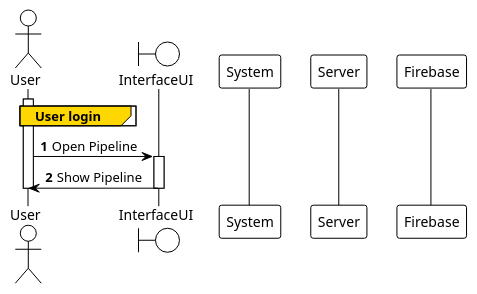
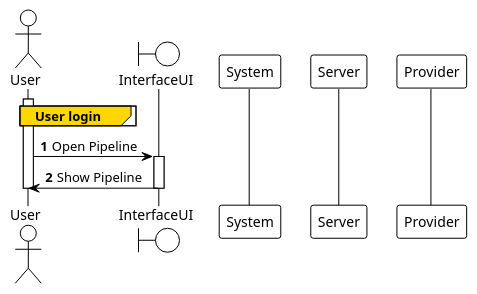
Before and after one commit to nonodev96/THUMDER: the diagram in UML/4.Sequence/4.16.ShowPipeline.puml, drawn with PlantUML. The commit also changed 41 other files, not shown here.

Commit message:
Fix with drag and drop, new component card with docs and names in UML sequences changes

```diff
--- a/UML/4.Sequence/4.16.ShowPipeline.puml
+++ b/UML/4.Sequence/4.16.ShowPipeline.puml
@@ -1,25 +1,25 @@
 @startuml
 'https://plantuml.com/sequence-diagram
 !theme plain
 
 autonumber
 
 actor User
 boundary InterfaceUI
 participant System
 participant Server
-participant Firebase
+participant "Provider" as Firebase
 
 activate User
 group#Gold User login
 
 end
 User -> InterfaceUI: Open Pipeline
 
 activate InterfaceUI
 User <- InterfaceUI: Show Pipeline
 deactivate InterfaceUI
 
 deactivate User
 
 @enduml
```
